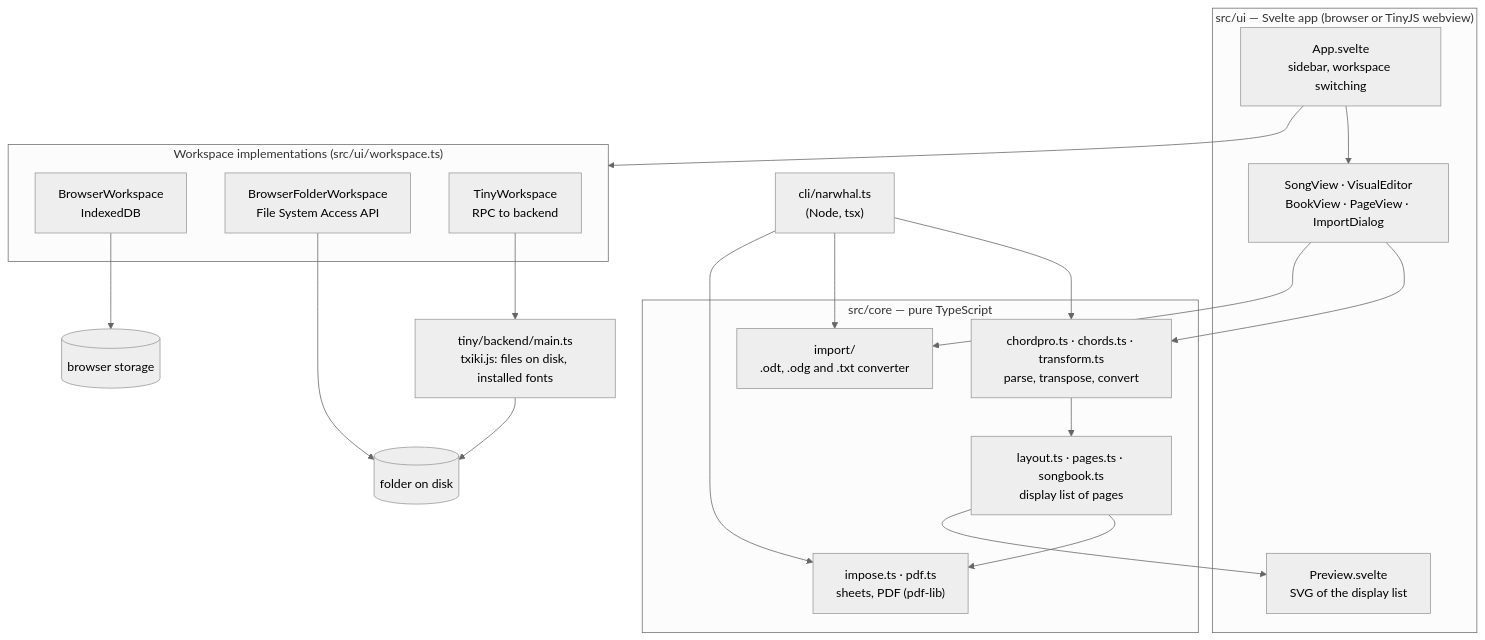
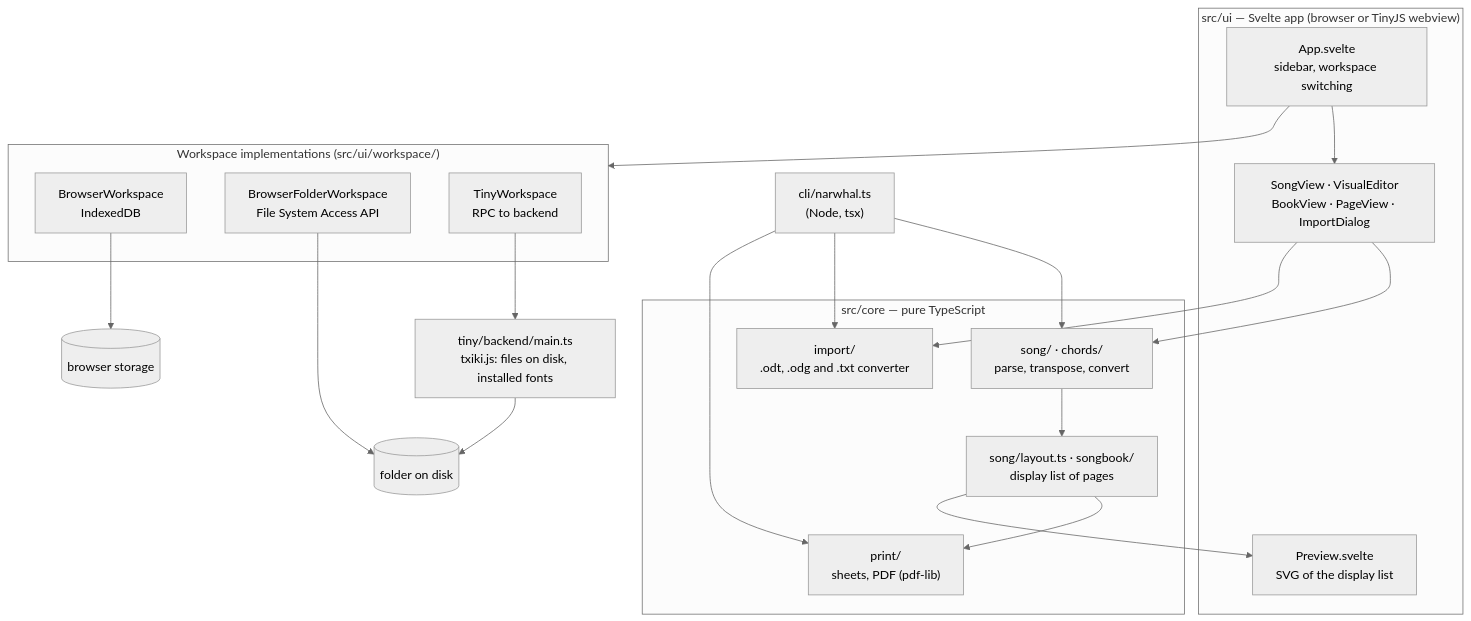
Before and after one commit to piero/singing-narwhal: the diagram in docs/TECHNICAL.md, drawn with Mermaid (neutral theme). The commit also changed other lines of this file and 84 other files, not shown here.

````diff
--- a/docs/TECHNICAL.md
+++ b/docs/TECHNICAL.md
@@ -15,38 +15,38 @@
 ```mermaid
 flowchart TB
   subgraph UI["src/ui — Svelte app (browser or TinyJS webview)"]
     App["App.svelte<br/>sidebar, workspace switching"]
     Editors["SongView · VisualEditor<br/>BookView · PageView · ImportDialog"]
     Preview["Preview.svelte<br/>SVG of the display list"]
   end
 
   subgraph Core["src/core — pure TypeScript"]
-    Parse["chordpro.ts · chords.ts · transform.ts<br/>parse, transpose, convert"]
-    Layout["layout.ts · pages.ts · songbook.ts<br/>display list of pages"]
-    Out["impose.ts · pdf.ts<br/>sheets, PDF (pdf-lib)"]
+    Parse["song/ · chords/<br/>parse, transpose, convert"]
+    Layout["song/layout.ts · songbook/<br/>display list of pages"]
+    Out["print/<br/>sheets, PDF (pdf-lib)"]
     Import["import/<br/>.odt, .odg and .txt converter"]
   end
 
   CLI["cli/narwhal.ts<br/>(Node, tsx)"]
 
-  subgraph Storage["Workspace implementations (src/ui/workspace.ts)"]
+  subgraph Storage["Workspace implementations (src/ui/workspace/)"]
     BW["BrowserWorkspace<br/>IndexedDB"]
     FW["BrowserFolderWorkspace<br/>File System Access API"]
     TW["TinyWorkspace<br/>RPC to backend"]
   end
 
   Backend["tiny/backend/main.ts<br/>txiki.js: files on disk, installed fonts"]
   Disk[("folder on disk")]
   IDB[("browser storage")]
 
   App --> Editors --> Parse --> Layout --> Out
   Layout --> Preview
   Editors --> Import
   App --> Storage
   BW --> IDB
   FW --> Disk
   TW --> Backend --> Disk
   CLI --> Parse
   CLI --> Import
   CLI --> Out
 ```
````
